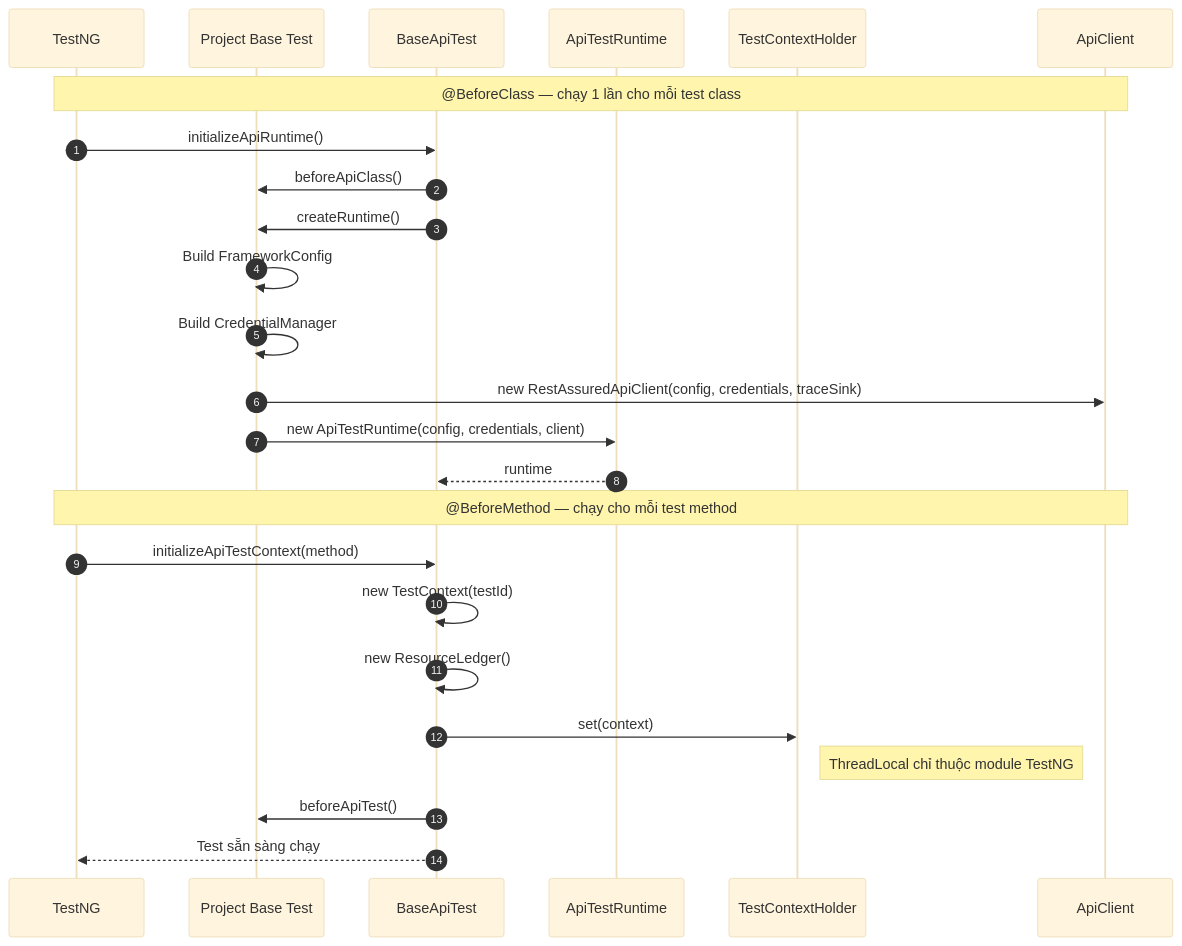
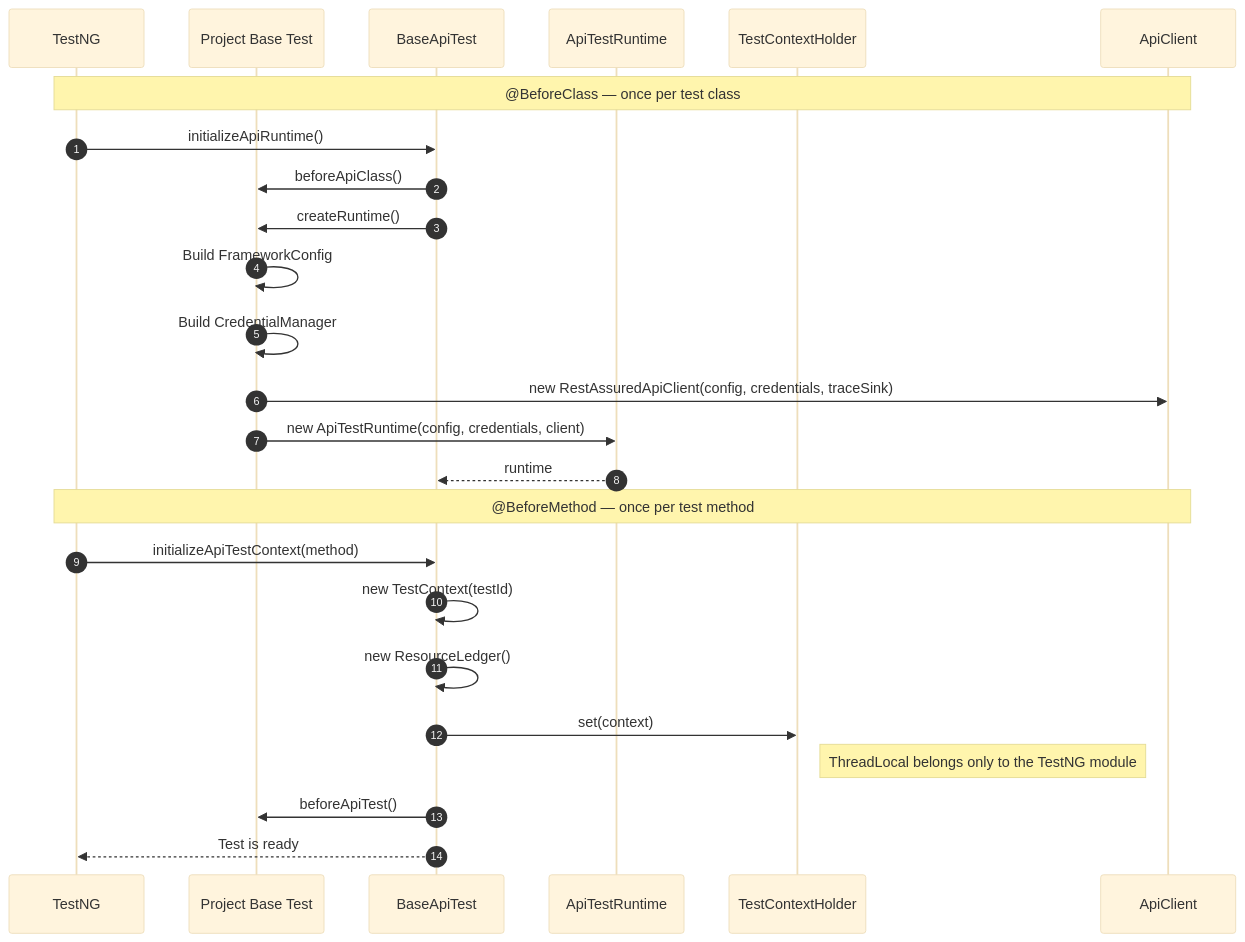
Before and after one commit to vocongthanh-projects/api-framework: the first of 4 diagrams in docs/framework-flow-preview.md, drawn with Mermaid (base theme). The commit also changed other lines of this file and 1 other file, not shown here.

````diff
--- a/docs/framework-flow-preview.md
+++ b/docs/framework-flow-preview.md
@@ -15,29 +12,29 @@
 ```mermaid
 sequenceDiagram
     autonumber
     participant TestNG
     participant Consumer as Project Base Test
     participant Core as BaseApiTest
     participant Runtime as ApiTestRuntime
     participant Holder as TestContextHolder
     participant Client as ApiClient
 
-    Note over TestNG,Client: @BeforeClass — chạy 1 lần cho mỗi test class
+    Note over TestNG,Client: @BeforeClass — once per test class
     TestNG->>Core: initializeApiRuntime()
     Core->>Consumer: beforeApiClass()
     Core->>Consumer: createRuntime()
     Consumer->>Consumer: Build FrameworkConfig
     Consumer->>Consumer: Build CredentialManager
     Consumer->>Client: new RestAssuredApiClient(config, credentials, traceSink)
     Consumer->>Runtime: new ApiTestRuntime(config, credentials, client)
     Runtime-->>Core: runtime
 
-    Note over TestNG,Client: @BeforeMethod — chạy cho mỗi test method
+    Note over TestNG,Client: @BeforeMethod — once per test method
     TestNG->>Core: initializeApiTestContext(method)
     Core->>Core: new TestContext(testId)
     Core->>Core: new ResourceLedger()
     Core->>Holder: set(context)
-    Note right of Holder: ThreadLocal chỉ thuộc module TestNG
+    Note right of Holder: ThreadLocal belongs only to the TestNG module
     Core->>Consumer: beforeApiTest()
-    Core-->>TestNG: Test sẵn sàng chạy
+    Core-->>TestNG: Test is ready
 ```
````
